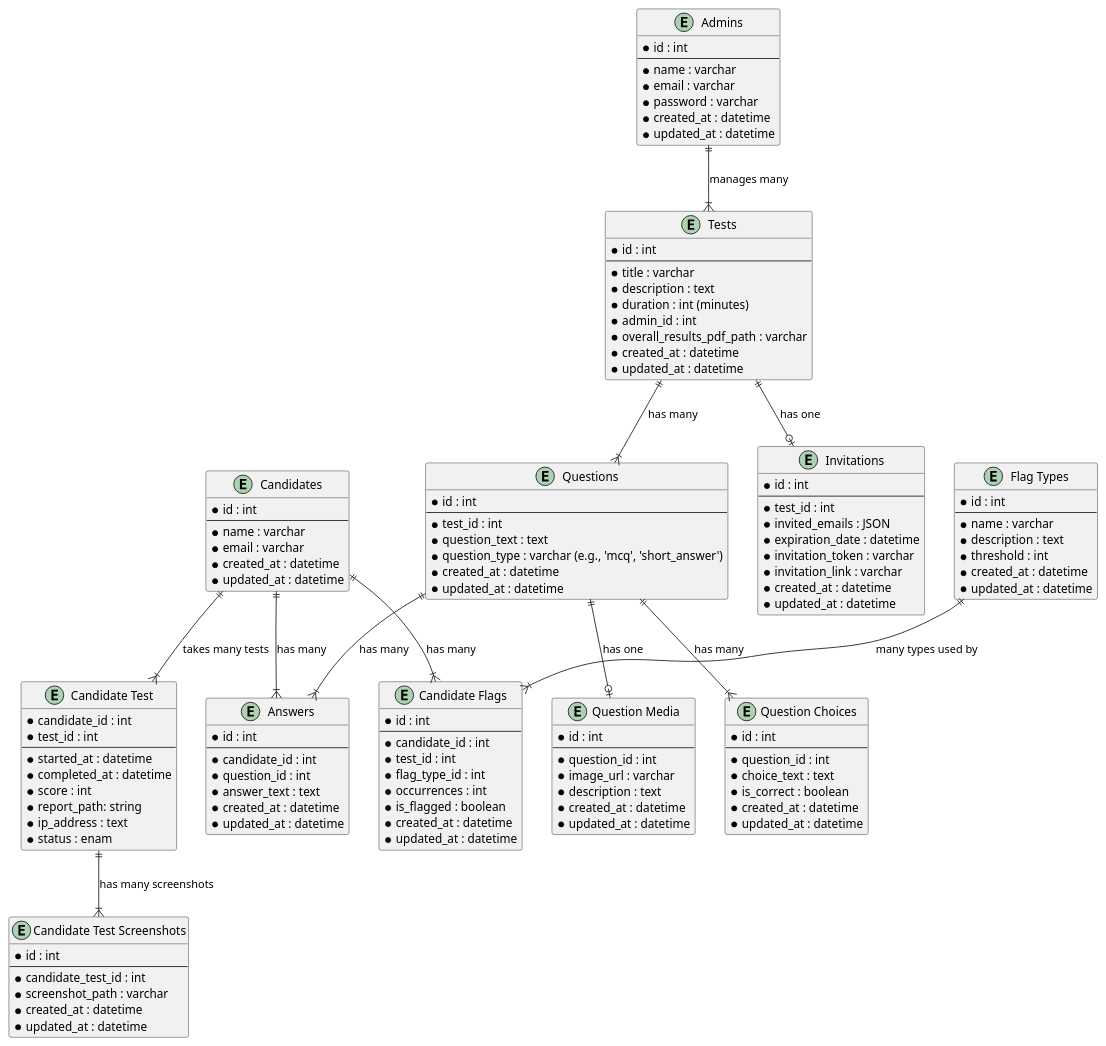
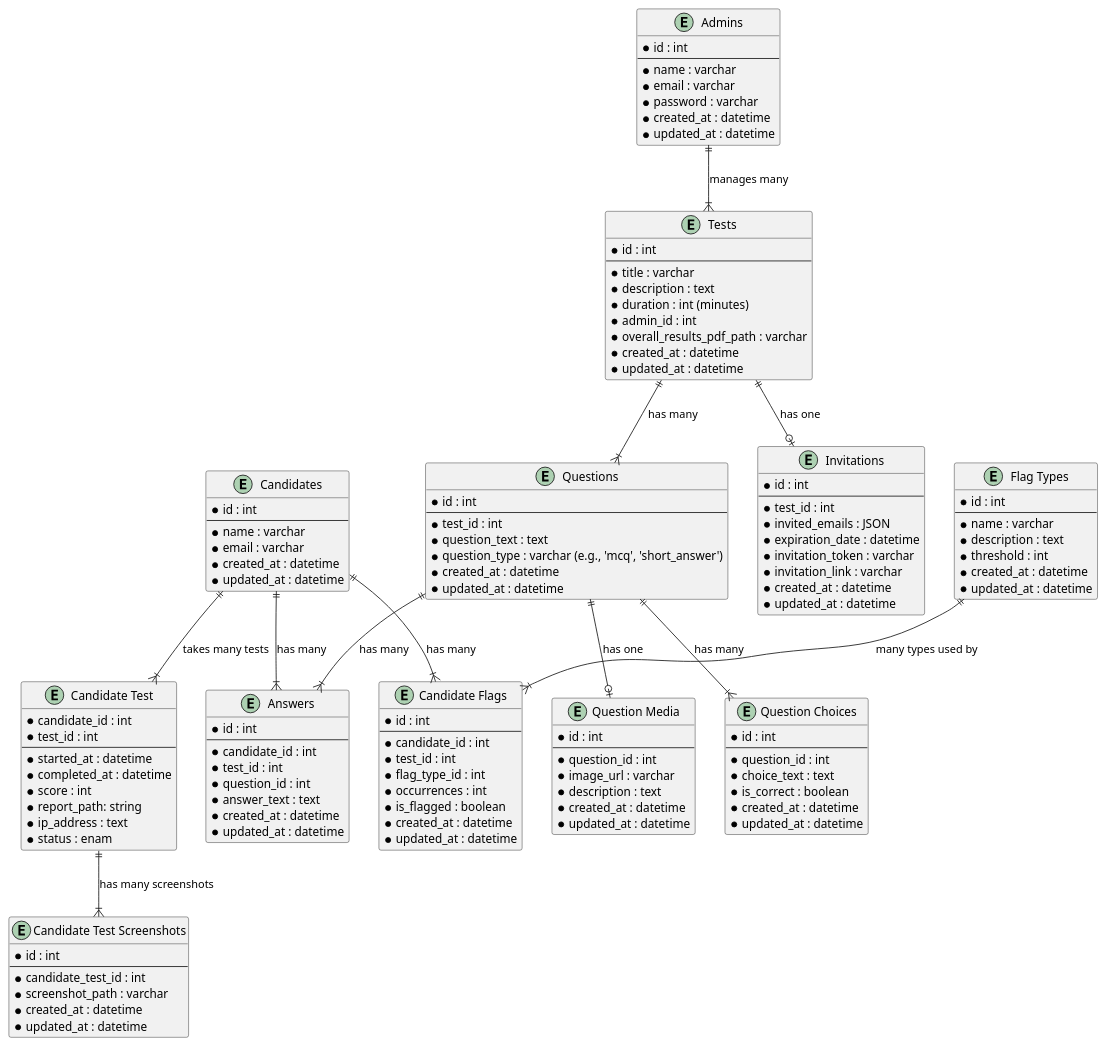
Before and after one commit to milelecars/MileleSkillSage: the diagram in storage/plantuml/db_diagram.puml, drawn with PlantUML. The commit also changed 22 other files, not shown here.

```diff
--- a/storage/plantuml/db_diagram.puml
+++ b/storage/plantuml/db_diagram.puml
@@ -1,143 +1,144 @@
 @startuml "Milele SkillSage"
 
 
 entity "Candidates" {
   * id : int
   --
   * name : varchar
   * email : varchar
   * created_at : datetime
   * updated_at : datetime
 }
 
 entity "Tests" {
   * id : int
   --
   * title : varchar
   * description : text
   * duration : int (minutes)
   * admin_id : int
   * overall_results_pdf_path : varchar
   * created_at : datetime
   * updated_at : datetime
 }
 
 entity "Candidate Test" {
   * candidate_id : int
   * test_id : int
   --
   * started_at : datetime
   * completed_at : datetime
   * score : int
   * report_path: string
   * ip_address : text
   * status : enam
 }
 
 entity "Candidate Test Screenshots" {
   * id : int
   --
   * candidate_test_id : int
   * screenshot_path : varchar
   * created_at : datetime
   * updated_at : datetime
 }
 
 entity "Questions" {
   * id : int
   --
   * test_id : int
   * question_text : text
   * question_type : varchar (e.g., 'mcq', 'short_answer')
   * created_at : datetime
   * updated_at : datetime
 }
 
 entity "Question Choices" {
   * id : int
   --
   * question_id : int
   * choice_text : text
   * is_correct : boolean
   * created_at : datetime
   * updated_at : datetime
 }
 
 entity "Question Media" {
   * id : int
   --
   * question_id : int
   * image_url : varchar
   * description : text
   * created_at : datetime
   * updated_at : datetime
 }
 
 entity "Answers" {
   * id : int
   --
   * candidate_id : int
+  * test_id : int
   * question_id : int
   * answer_text : text
   * created_at : datetime
   * updated_at : datetime
 }
 
 entity "Admins" {
   * id : int
   --
   * name : varchar
   * email : varchar
   * password : varchar  
   * created_at : datetime
   * updated_at : datetime
 }
 
 entity "Flag Types" {
   * id : int
   --
   * name : varchar
   * description : text
   * threshold : int
   * created_at : datetime
   * updated_at : datetime
 }
 
 entity "Candidate Flags" {
   * id : int
   --
   * candidate_id : int
   * test_id : int
   * flag_type_id : int
   * occurrences : int
   * is_flagged : boolean
   * created_at : datetime
   * updated_at : datetime
 }
 
 entity "Invitations" {
   * id : int
   --
   * test_id : int
   * invited_emails : JSON
   * expiration_date : datetime
   * invitation_token : varchar
   * invitation_link : varchar
   * created_at : datetime 
   * updated_at : datetime
 }
 
 ' Relationships
 "Candidates" ||--|{ "Answers" : has many
 "Candidates" ||--|{ "Candidate Flags" : has many
 "Candidates" ||--|{ "Candidate Test" : takes many tests
 "Tests" ||--|{ "Questions" : has many
 "Tests" ||--o| "Invitations" : has one
 "Questions" ||--|{ "Question Choices" : has many
 "Questions" ||--o| "Question Media" : has one
 "Questions" ||--|{ "Answers" : has many  
 "Flag Types" ||--|{ "Candidate Flags" : many types used by
 "Admins" ||--|{ "Tests" : manages many
 "Candidate Test" ||--|{ "Candidate Test Screenshots" : "has many screenshots"
 
 @enduml
```
